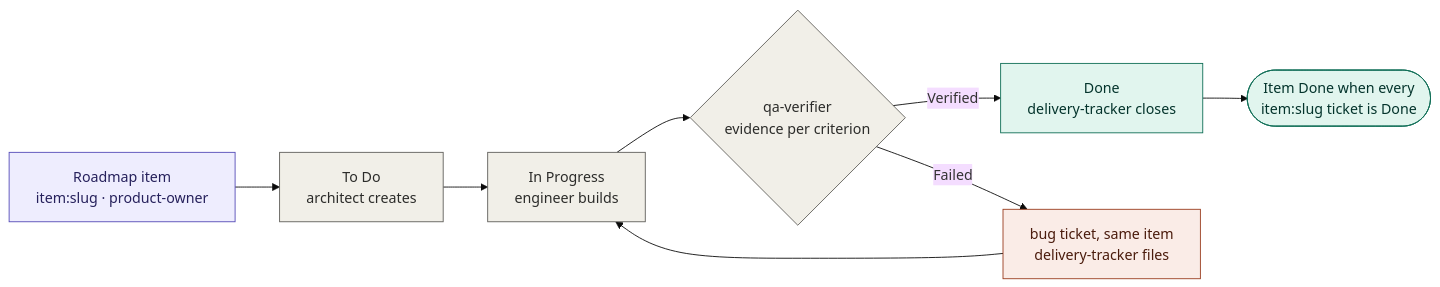
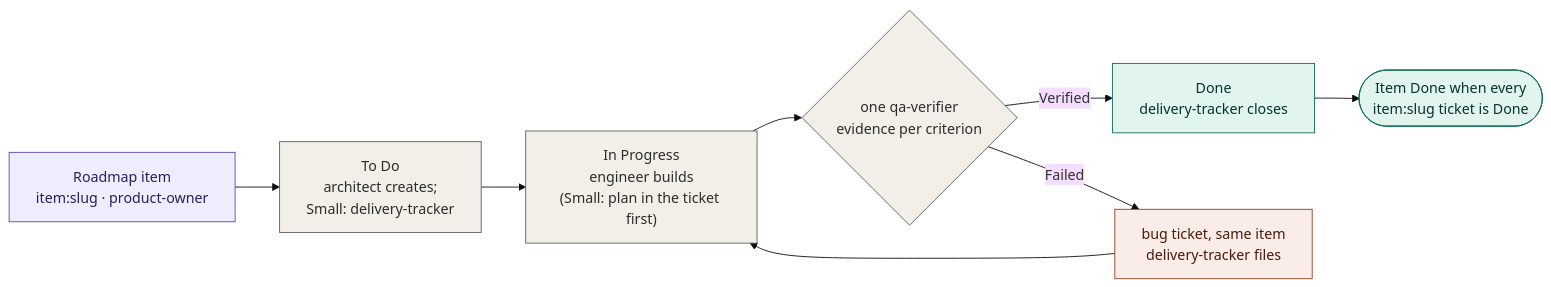
One commit to Shafichariri/kinspector changed the fifth of 5 diagrams in docs/TEAM.md. Above: the diagram before and after it, drawn with Mermaid (base theme). The commit also changed other lines of this file, not shown here.

First line of the commit message:
team: diagrams for the tracks

````diff
--- a/docs/TEAM.md
+++ b/docs/TEAM.md
@@ -251,19 +284,19 @@
 ```mermaid
 flowchart LR
-    item["Roadmap item<br/>item:slug · product-owner"] --> todo["To Do<br/>architect creates"]
-    todo --> prog["In Progress<br/>engineer builds"]
-    prog --> qa{"qa-verifier<br/>evidence per criterion"}
+    item["Roadmap item<br/>item:slug · product-owner"] --> todo["To Do<br/>architect creates;<br/>Small: delivery-tracker"]
+    todo --> prog["In Progress<br/>engineer builds<br/>(Small: plan in the ticket first)"]
+    prog --> qa{"one qa-verifier<br/>evidence per criterion"}
     qa -- "Verified" --> done["Done<br/>delivery-tracker closes"]
     qa -- "Failed" --> bug["bug ticket, same item<br/>delivery-tracker files"]
     bug --> prog
     done --> itemdone(["Item Done when every<br/>item:slug ticket is Done"])
 
     classDef sub fill:#F1EFE8,stroke:#5F5E5A,color:#2C2C2A
     classDef owner fill:#EEEDFE,stroke:#534AB7,color:#26215C
     classDef no fill:#FAECE7,stroke:#993C1D,color:#4A1B0C
     classDef ok fill:#E1F5EE,stroke:#0F6E56,color:#04342C
     class item owner
     class todo,prog,qa sub
     class bug no
     class done,itemdone ok
 ```
````
